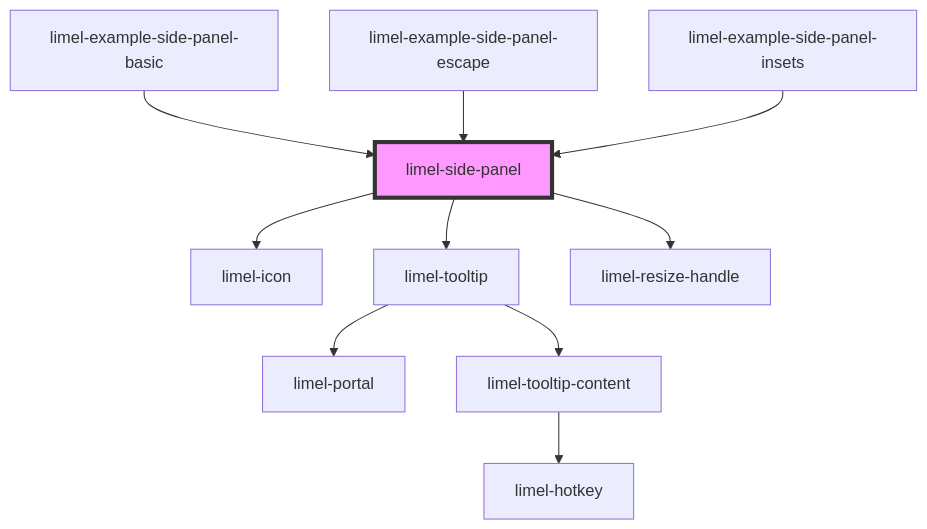
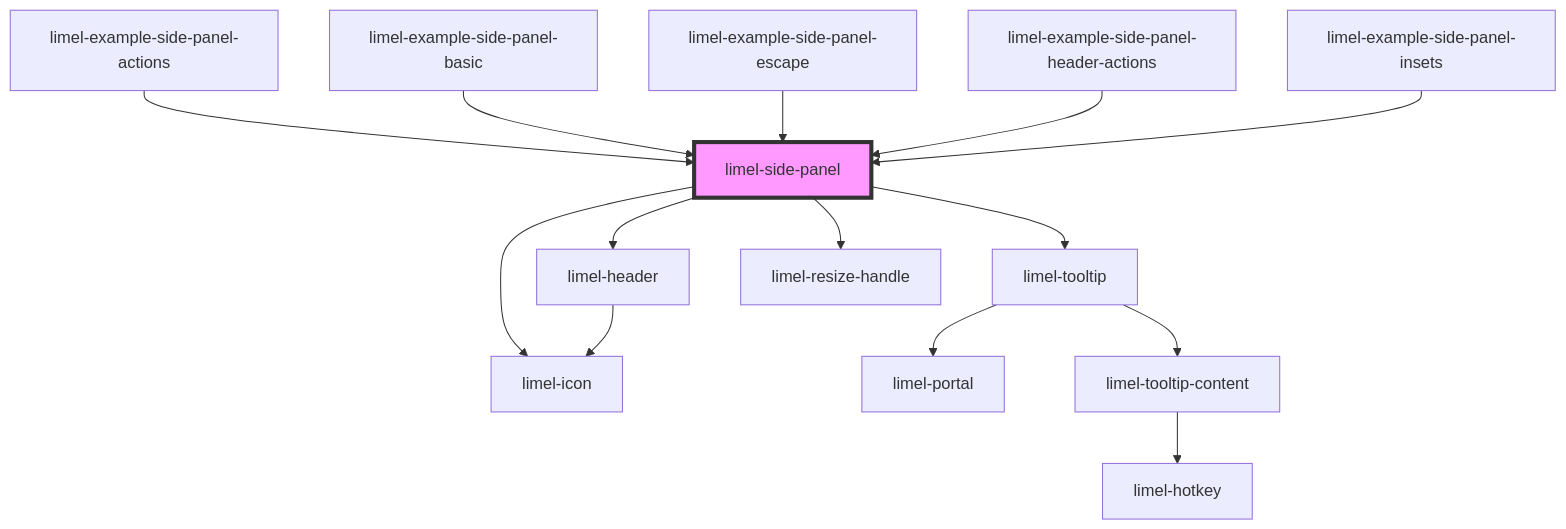
The diagram in versions/PR-4397/markdown-docs/components/side-panel/readme.md (Lundalogik/lime-elements), drawn with Mermaid before and after one commit. The commit also changed other lines of this file and 595 other files, not shown here.

````diff
--- a/versions/PR-4397/markdown-docs/components/side-panel/readme.md
+++ b/versions/PR-4397/markdown-docs/components/side-panel/readme.md
@@ -62,13 +131,17 @@
 ```mermaid
 graph TD;
   limel-side-panel --> limel-icon
   limel-side-panel --> limel-tooltip
+  limel-side-panel --> limel-header
   limel-side-panel --> limel-resize-handle
   limel-tooltip --> limel-portal
   limel-tooltip --> limel-tooltip-content
   limel-tooltip-content --> limel-hotkey
+  limel-header --> limel-icon
+  limel-example-side-panel-actions --> limel-side-panel
   limel-example-side-panel-basic --> limel-side-panel
   limel-example-side-panel-escape --> limel-side-panel
+  limel-example-side-panel-header-actions --> limel-side-panel
   limel-example-side-panel-insets --> limel-side-panel
   style limel-side-panel fill:#f9f,stroke:#333,stroke-width:4px
 ```
````
